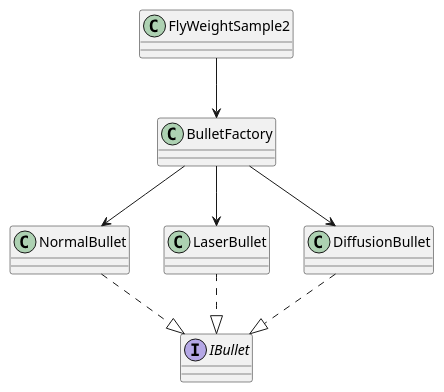
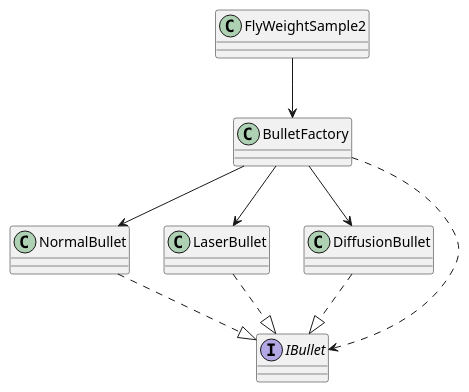
One commit to taku686/FLAMA-Practice changed the diagram in Assets/Sample/FlyWeight/Sample2/FlyWeightSample2.puml. Above: the diagram before and after it, drawn with PlantUML. The commit also changed 95 other files, not shown here.

```diff
--- a/Assets/Sample/FlyWeight/Sample2/FlyWeightSample2.puml
+++ b/Assets/Sample/FlyWeight/Sample2/FlyWeightSample2.puml
@@ -1,18 +1,19 @@
 @startuml
 
 FlyWeightSample2 --> BulletFactory
 BulletFactory --> NormalBullet
 BulletFactory --> LaserBullet
 BulletFactory --> DiffusionBullet
 NormalBullet ..|> IBullet
 LaserBullet ..|> IBullet
 DiffusionBullet ..|> IBullet
+BulletFactory ..> IBullet
 
 class FlyWeightSample2
 interface IBullet
 class BulletFactory
 class NormalBullet
 class LaserBullet
 class DiffusionBullet
 
 @enduml
```
